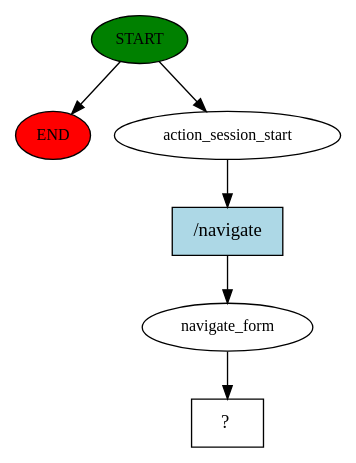
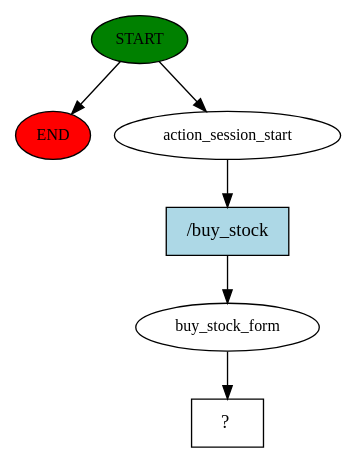
The diagram in story_graph.dot (medAzizBennour/rasa_borhen), drawn with Graphviz before and after one commit. The commit also changed 7 other files, not shown here.

```diff
--- a/story_graph.dot
+++ b/story_graph.dot
@@ -1,13 +1,13 @@
 digraph  {
 0 [class="start active", fillcolor=green, fontsize=12, label=START, style=filled];
 "-1" [class=end, fillcolor=red, fontsize=12, label=END, style=filled];
 1 [class=active, fontsize=12, label=action_session_start];
-2 [class=active, fontsize=12, label=navigate_form];
+2 [class=active, fontsize=12, label=buy_stock_form];
 3 [class="intent dashed active", label="  ?  ", shape=rect];
-4 [class="intent active", fillcolor=lightblue, label="/navigate", shape=rect, style=filled];
+4 [class="intent active", fillcolor=lightblue, label="/buy_stock", shape=rect, style=filled];
 0 -> "-1"  [class="", key=NONE, label=""];
 0 -> 1  [class=active, key=NONE, label=""];
 1 -> 4  [class=active, key=0];
 2 -> 3  [class=active, key=NONE, label=""];
 4 -> 2  [class=active, key=0];
 }
```
